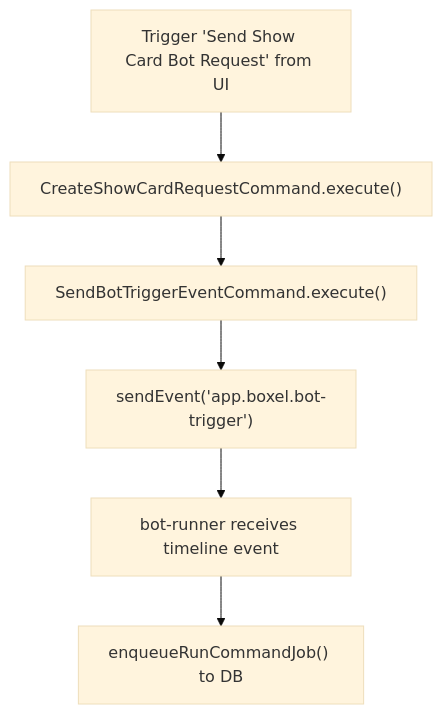
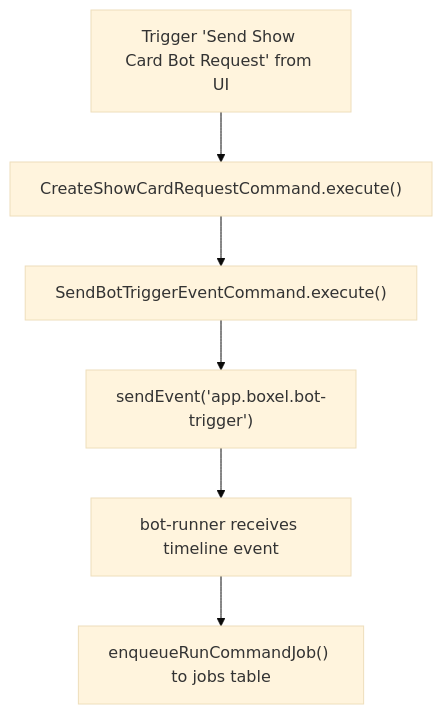
The first of 2 diagrams in docs/commands-in-headless-chrome.md (cardstack/boxel), drawn with Mermaid (base theme) before and after one commit. The commit also changed other lines of this file, not shown here.

````diff
--- a/docs/commands-in-headless-chrome.md
+++ b/docs/commands-in-headless-chrome.md
@@ -20,12 +19,10 @@
 ```mermaid
 flowchart TD
 
-    B["Trigger 'Send Show Card Bot Request'" from UI]
+    B["Trigger 'Send Show Card Bot Request' from UI"]
     B --> D["CreateShowCardRequestCommand.execute()"]
     D --> E["SendBotTriggerEventCommand.execute()"]
     E --> F["sendEvent('app.boxel.bot-trigger')"]
-
     F --> G["bot-runner receives timeline event"]
-    G --> H["enqueueRunCommandJob() to DB"] 
-
+    G --> H["enqueueRunCommandJob() to jobs table"]
 ```
````
